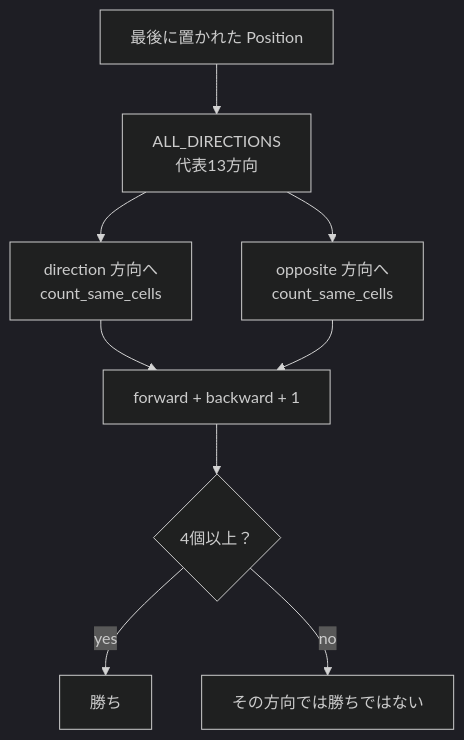
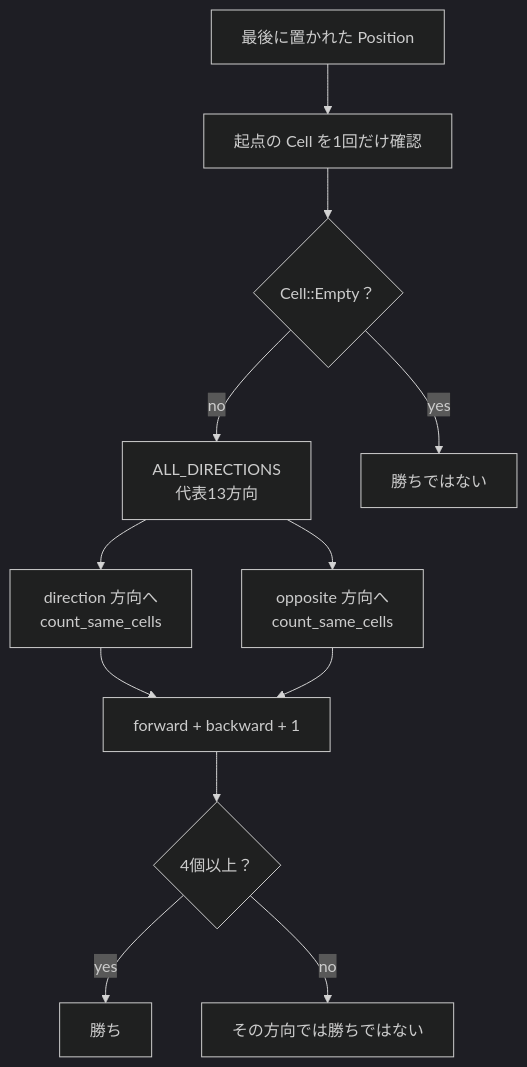
The fourth of 4 diagrams in docs/uml.md (keiichiro-sonoda/rittai4moku), drawn with Mermaid (dark theme) before and after one commit. The commit also changed other lines of this file and 2 other files, not shown here.

Commit message:
Optimize winning position check in GameState by early exit for empty cells

````diff
--- a/docs/uml.md
+++ b/docs/uml.md
@@ -165,18 +165,23 @@
 ```mermaid
 flowchart TD
     placed["最後に置かれた Position"]
+    target["起点の Cell を1回だけ確認"]
+    empty{"Cell::Empty？"}
     dirs["ALL_DIRECTIONS\n代表13方向"]
     forward["direction 方向へ\ncount_same_cells"]
     backward["opposite 方向へ\ncount_same_cells"]
     total["forward + backward + 1"]
     win{"4個以上？"}
 
-    placed --> dirs
+    placed --> target
+    target --> empty
+    empty -->|yes| resultNotWin["勝ちではない"]
+    empty -->|no| dirs
     dirs --> forward
     dirs --> backward
     forward --> total
     backward --> total
     total --> win
     win -->|yes| resultWin["勝ち"]
     win -->|no| resultContinue["その方向では勝ちではない"]
 ```
````
